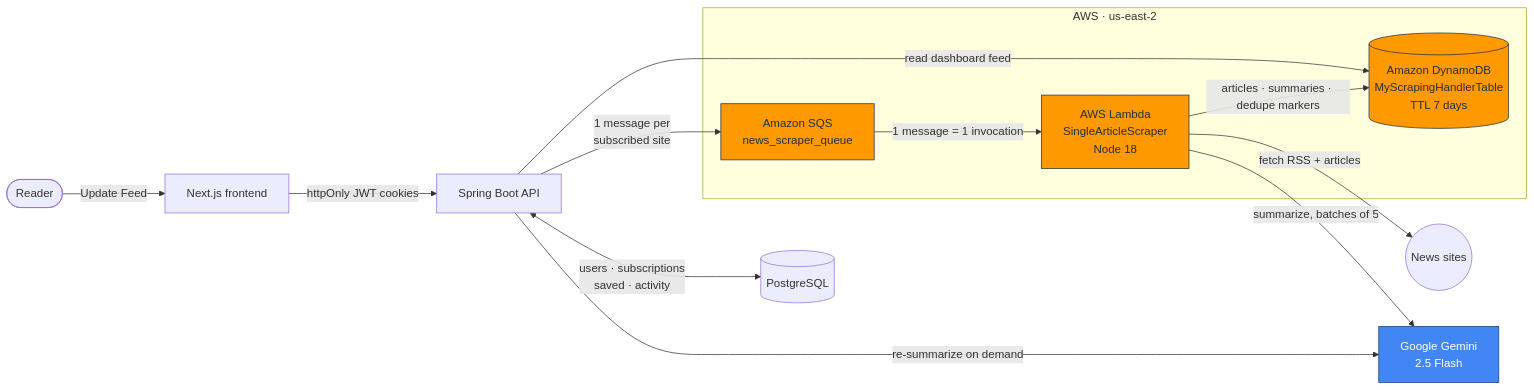
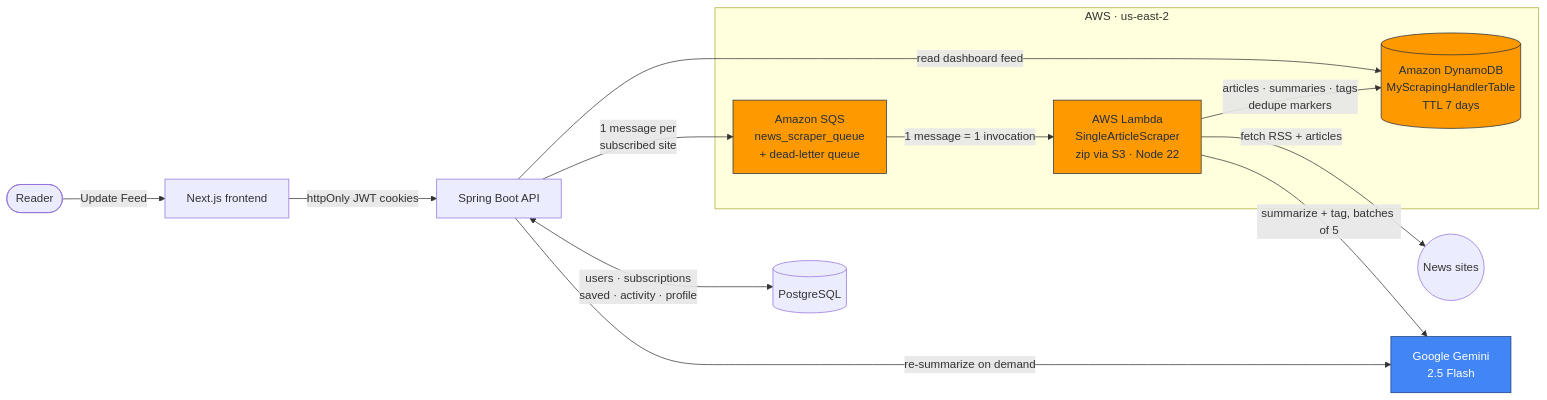
The first of 2 diagrams in README.md (rohilhverma/Signal), drawn with Mermaid before and after one commit. The commit also changed other lines of this file and 51 other files, not shown here.

````diff
--- a/README.md
+++ b/README.md
@@ -21,25 +29,25 @@
 ```mermaid
 flowchart LR
     U(["Reader"]) -->|"Update Feed"| FE["Next.js frontend"]
     FE -->|"httpOnly JWT cookies"| API["Spring Boot API"]
-    API <-->|"users · subscriptions<br/>saved · activity"| PG[("PostgreSQL")]
 
-    subgraph AWS["AWS · us-east-2"]
-        SQS["Amazon SQS<br/>news_scraper_queue"]
-        LAMBDA["AWS Lambda<br/>SingleArticleScraper<br/>Node 18"]
+    subgraph aws["AWS · us-east-2"]
+        SQS["Amazon SQS<br/>news_scraper_queue<br/>+ dead-letter queue"]
+        LAM["AWS Lambda<br/>SingleArticleScraper<br/>zip via S3 · Node 22"]
         DDB[("Amazon DynamoDB<br/>MyScrapingHandlerTable<br/>TTL 7 days")]
     end
 
+    API <-->|"users · subscriptions<br/>saved · activity · profile"| PG[("PostgreSQL")]
     API -->|"1 message per<br/>subscribed site"| SQS
-    SQS -->|"1 message = 1 invocation"| LAMBDA
-    LAMBDA -->|"fetch RSS + articles"| WEB(("News sites"))
-    LAMBDA -->|"summarize, batches of 5"| GEM["Google Gemini<br/>2.5 Flash"]
-    LAMBDA -->|"articles · summaries · dedupe markers"| DDB
+    SQS -->|"1 message = 1 invocation"| LAM
+    LAM -->|"fetch RSS + articles"| WEB(("News sites"))
+    LAM -->|"summarize + tag, batches of 5"| GEM["Google Gemini<br/>2.5 Flash"]
+    LAM -->|"articles · summaries · tags<br/>dedupe markers"| DDB
     API -->|"read dashboard feed"| DDB
     API -->|"re-summarize on demand"| GEM
 
     classDef aws fill:#FF9900,stroke:#232F3E,color:#232F3E,stroke-width:1px
     classDef ext fill:#4285F4,stroke:#1a3d7c,color:#ffffff
-    class SQS,LAMBDA,DDB aws
+    class SQS,LAM,DDB aws
     class GEM ext
 ```
````
